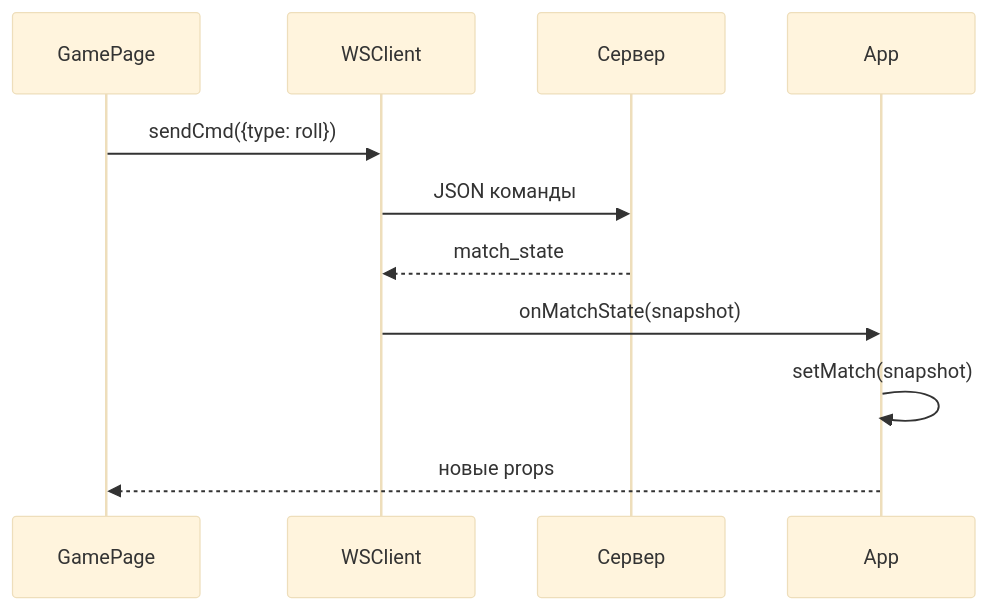
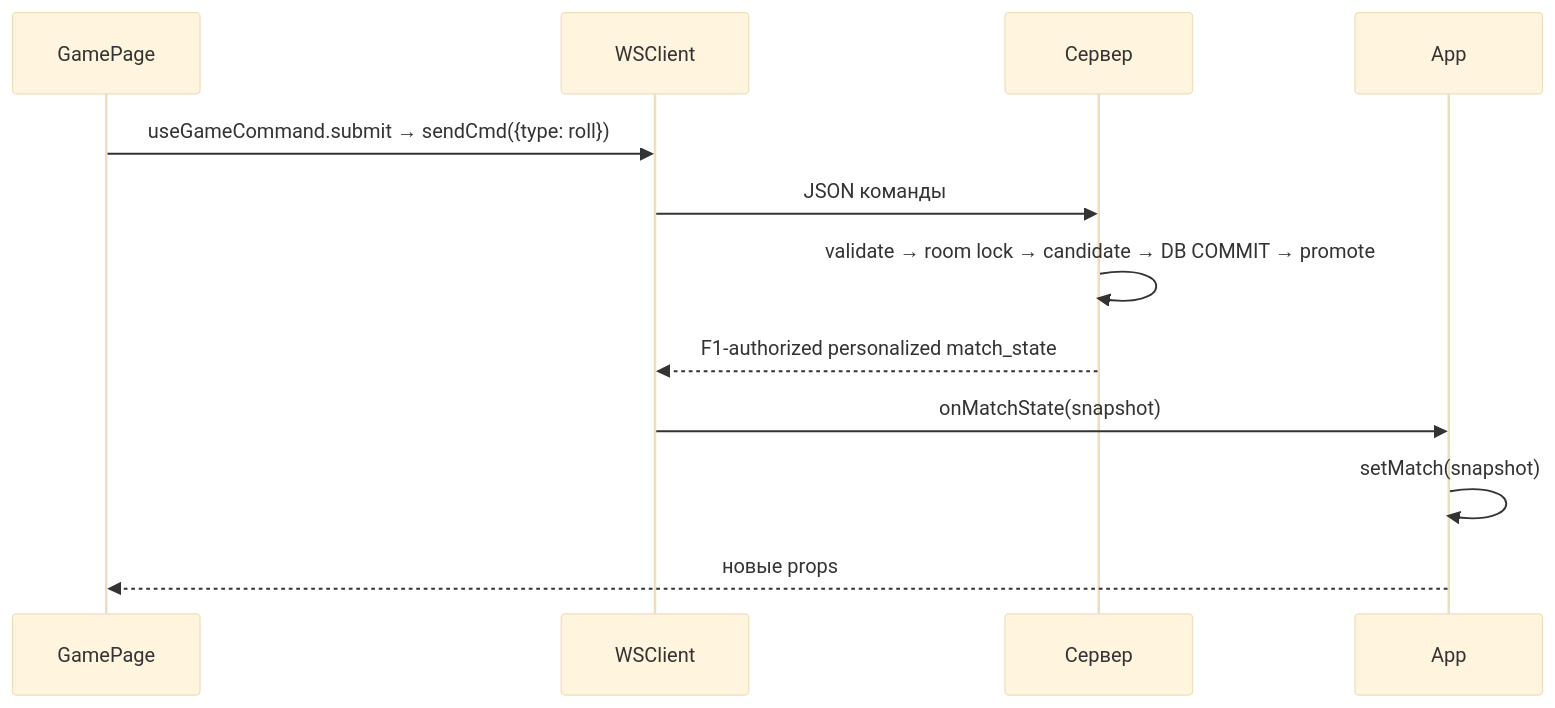
The diagram in docs/obsidian/Web клиент.md (buytheaway/CATAN-GAME), drawn with Mermaid (base theme) before and after one commit. The commit also changed other lines of this file and 70 other files, not shown here.

````diff
--- a/docs/obsidian/Web клиент.md
+++ b/docs/obsidian/Web клиент.md
@@ -35,13 +39,14 @@
 ```mermaid
 sequenceDiagram
     participant UI as GamePage
     participant WS as WSClient
     participant S as Сервер
     participant A as App
-    UI->>WS: sendCmd({type: roll})
+    UI->>WS: useGameCommand.submit → sendCmd({type: roll})
     WS->>S: JSON команды
-    S-->>WS: match_state
+    S->>S: validate → room lock → candidate → DB COMMIT → promote
+    S-->>WS: F1-authorized personalized match_state
     WS->>A: onMatchState(snapshot)
     A->>A: setMatch(snapshot)
     A-->>UI: новые props
 ```
````
